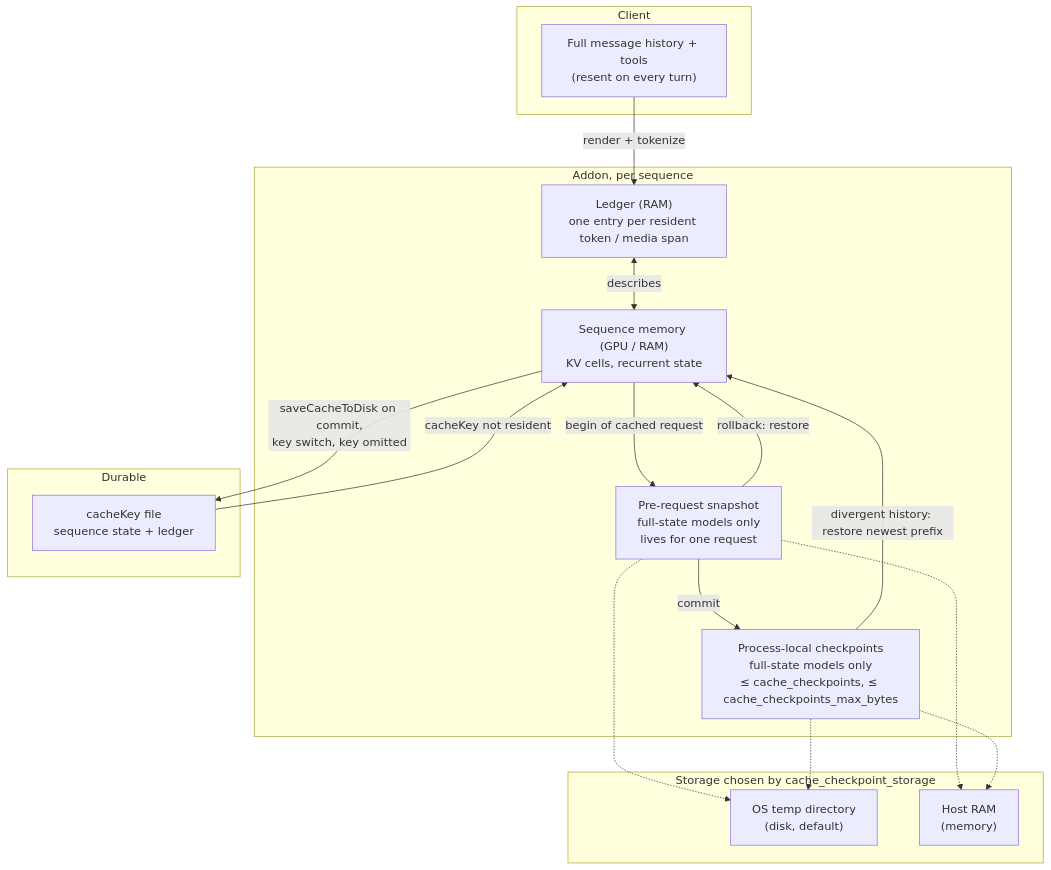
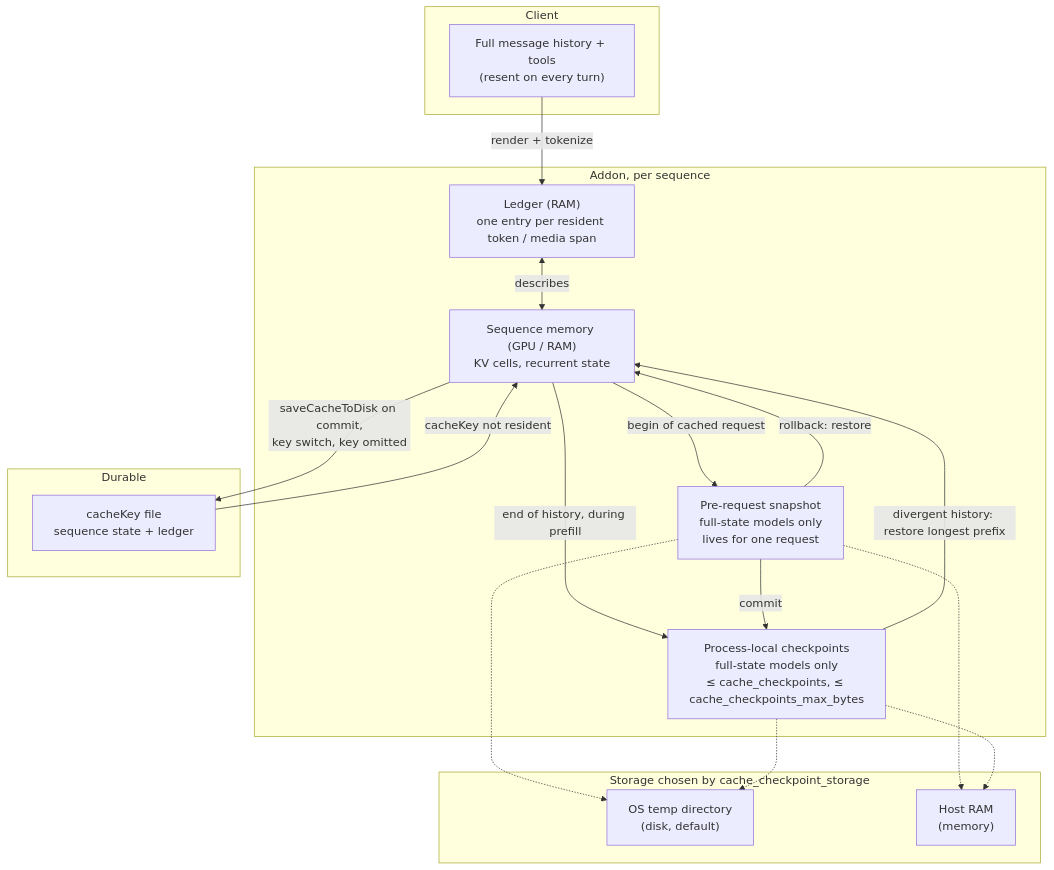
One commit to tetherto/qvac changed the first of 5 diagrams in packages/llm-llamacpp/docs/cache-lifecycle.md. Above: the diagram before and after it, drawn with Mermaid. The commit also changed other lines of this file and 2 other files, not shown here.

Commit message:
docs(llm-llamacpp): describe end-of-history and partial checkpoints

````diff
--- a/packages/llm-llamacpp/docs/cache-lifecycle.md
+++ b/packages/llm-llamacpp/docs/cache-lifecycle.md
@@ -11,35 +11,36 @@
 ```mermaid
 graph TB
     subgraph Client
         HIST["Full message history + tools<br/>(resent on every turn)"]
     end
 
     subgraph "Addon, per sequence"
         LEDGER["Ledger (RAM)<br/>one entry per resident token / media span"]
         KV["Sequence memory (GPU / RAM)<br/>KV cells, recurrent state"]
         SNAP["Pre-request snapshot<br/>full-state models only<br/>lives for one request"]
         CKPT["Process-local checkpoints<br/>full-state models only<br/>≤ cache_checkpoints, ≤ cache_checkpoints_max_bytes"]
     end
 
     subgraph "Storage chosen by cache_checkpoint_storage"
         TMPD["OS temp directory<br/>(disk, default)"]
         HRAM["Host RAM<br/>(memory)"]
     end
 
     subgraph "Durable"
         FILE["cacheKey file<br/>sequence state + ledger"]
     end
 
     HIST -->|render + tokenize| LEDGER
     LEDGER <-->|describes| KV
     KV -->|begin of cached request| SNAP
+    KV -->|end of history, during prefill| CKPT
     SNAP -->|commit| CKPT
     SNAP -->|rollback: restore| KV
-    CKPT -->|divergent history: restore newest prefix| KV
+    CKPT -->|divergent history: restore longest prefix| KV
     SNAP -.-> TMPD
     SNAP -.-> HRAM
     CKPT -.-> TMPD
     CKPT -.-> HRAM
     KV -->|saveCacheToDisk on commit,<br/>key switch, key omitted| FILE
     FILE -->|cacheKey not resident| KV
 ```
````
